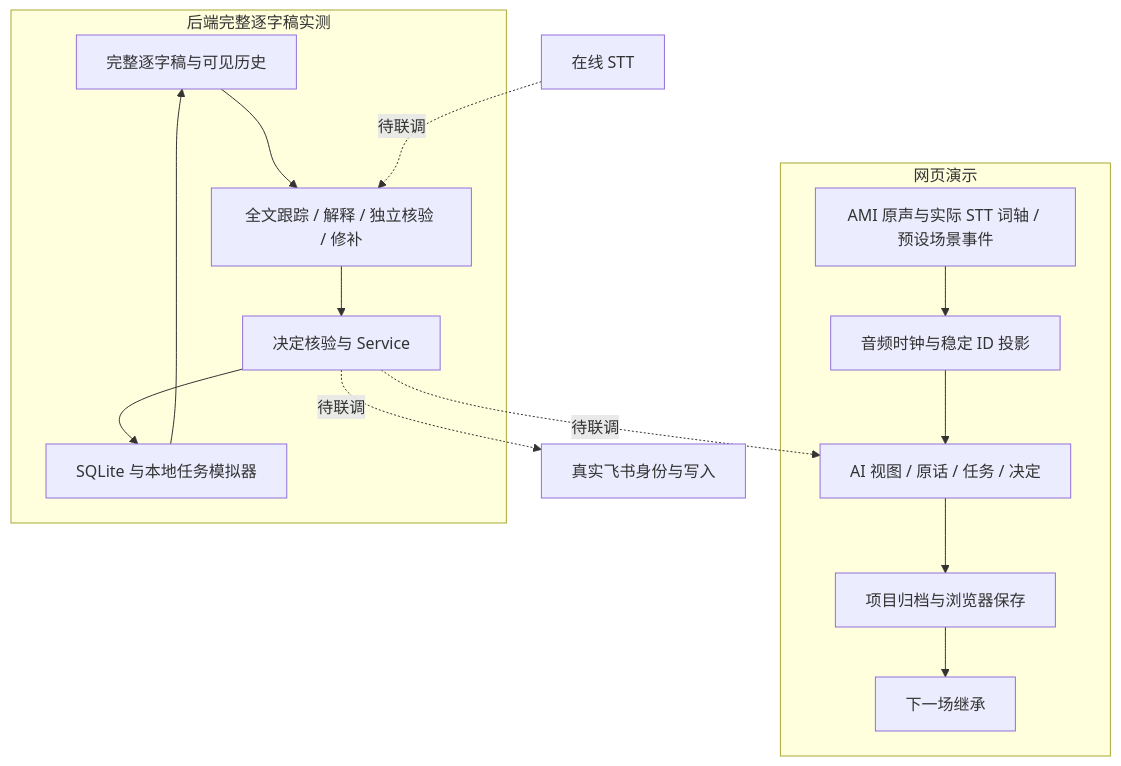
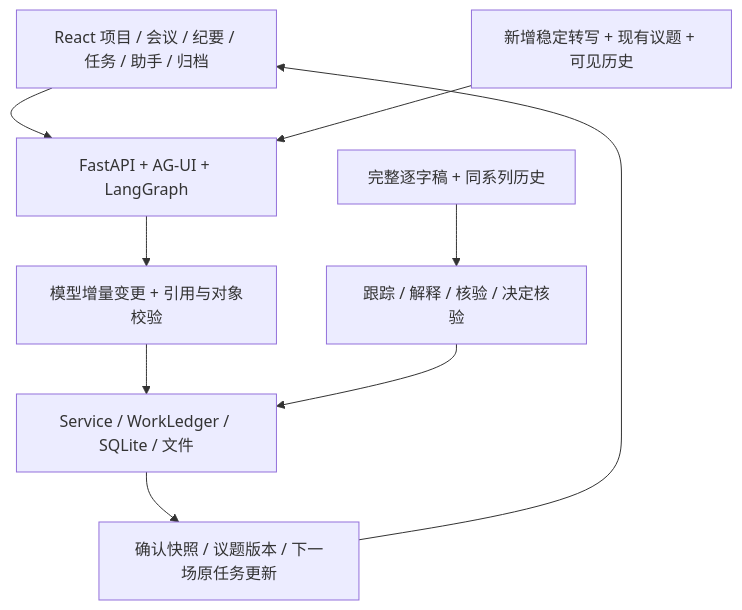
One commit to yhnapoleon/MeetingWatecher changed the diagram in docs/images/architecture.mmd. Above: the diagram before and after it, drawn with Mermaid. The commit also changed 55 other files, not shown here.

```diff
--- a/docs/images/architecture.mmd
+++ b/docs/images/architecture.mmd
@@ -1,13 +1,9 @@
-flowchart TB
- subgraph Demo[网页演示]
- A[AMI 原声与实际 STT 词轴 / 预设场景事件] --> B[音频时钟与稳定 ID 投影] --> C[AI 视图 / 原话 / 任务 / 决定] --> D[项目归档与浏览器保存]
- D --> E[下一场继承]
- end
- subgraph Backend[后端完整逐字稿实测]
- F[完整逐字稿与可见历史] --> G[全文跟踪 / 解释 / 独立核验 / 修补]
- G --> H[决定核验与 Service] --> I[SQLite 与本地任务模拟器]
- I --> F
- end
- J[在线 STT] -. 待联调 .-> G
- H -. 待联调 .-> C
- H -. 待联调 .-> K[真实飞书身份与写入]
+flowchart TD
+ UI[React 项目 / 会议 / 纪要 / 任务 / 助手 / 归档] --> Live[FastAPI + AG-UI + LangGraph]
+ STT[新增稳定转写 + 现有议题 + 可见历史] --> Live
+ Live --> Change[模型增量变更 + 引用与对象校验]
+ Full[完整逐字稿 + 同系列历史] --> Review[跟踪 / 解释 / 核验 / 决定核验]
+ Change --> Save[Service / WorkLedger / SQLite / 文件]
+ Review --> Save
+ Save --> Next[确认快照 / 议题版本 / 下一场原任务更新]
+ Next --> UI
```
